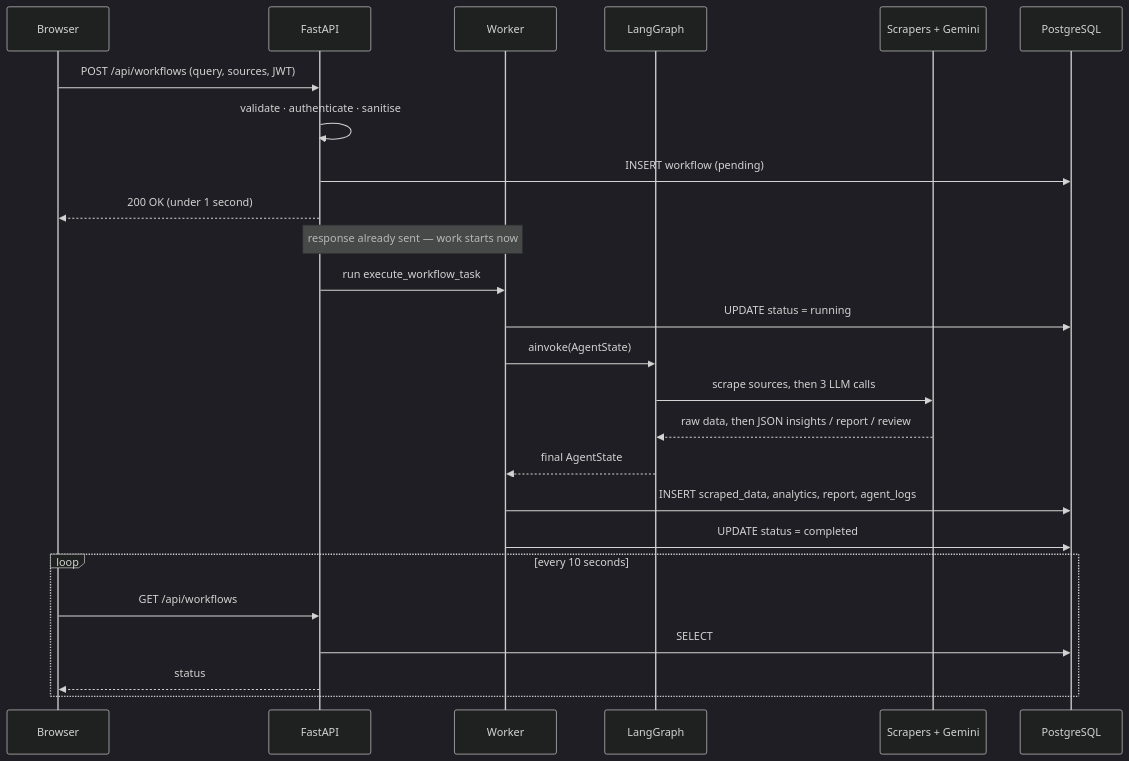
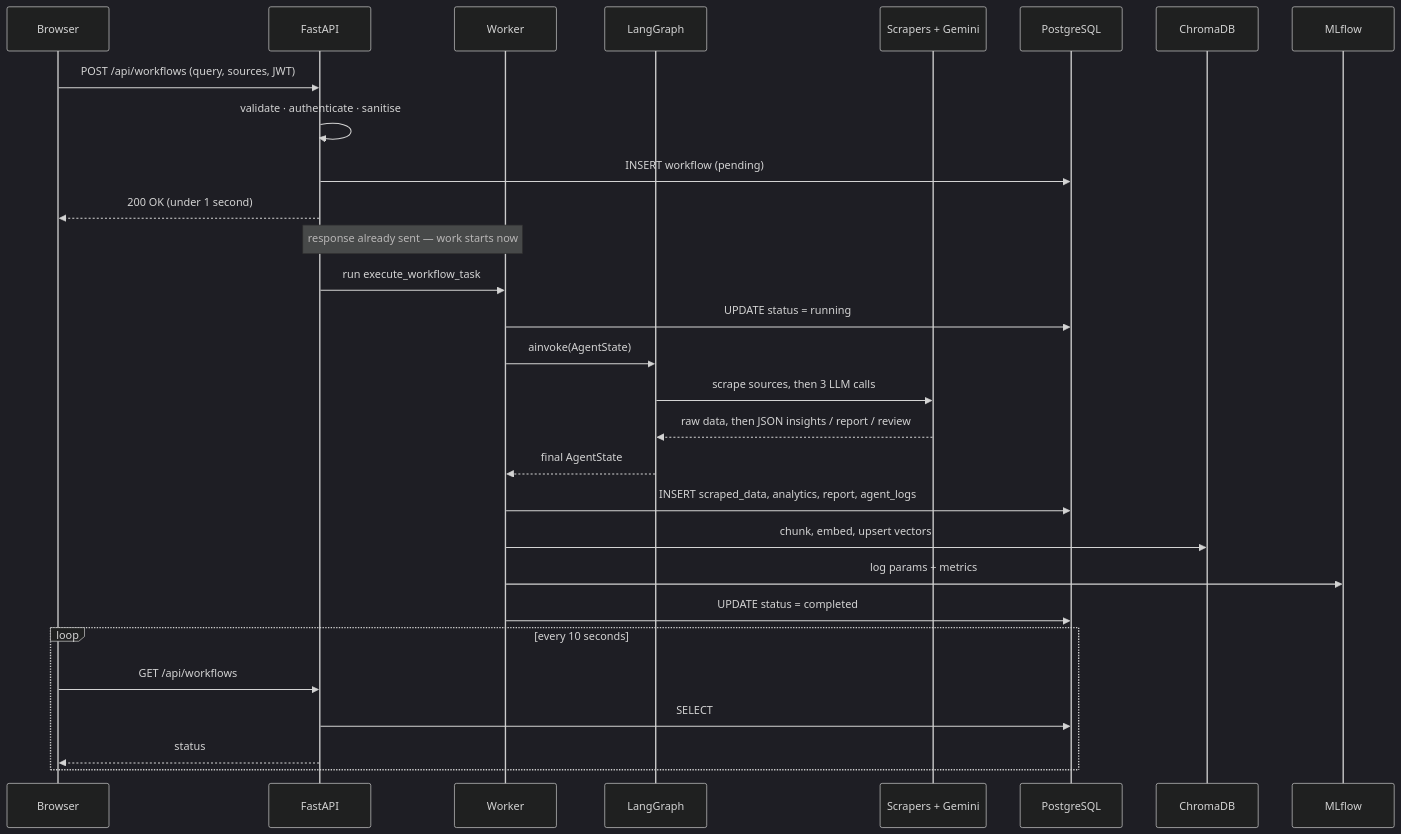
One commit to Abhi7488-VIT/AgentFlow changed the third of 5 diagrams in ARCHITECTURE.md. Above: the diagram before and after it, drawn with Mermaid (dark theme). The commit also changed other lines of this file, not shown here.

First line of the commit message:
docs(architecture): document the RAG, scheduling and observability layers

````diff
--- a/ARCHITECTURE.md
+++ b/ARCHITECTURE.md
@@ -183,30 +229,34 @@
 ```mermaid
 sequenceDiagram
     participant U as Browser
     participant A as FastAPI
     participant W as Worker
     participant G as LangGraph
     participant X as Scrapers + Gemini
     participant D as PostgreSQL
+    participant C as ChromaDB
+    participant M as MLflow
 
     U->>A: POST /api/workflows (query, sources, JWT)
     A->>A: validate · authenticate · sanitise
     A->>D: INSERT workflow (pending)
     A-->>U: 200 OK  (under 1 second)
 
     Note over A,W: response already sent — work starts now
     A->>W: run execute_workflow_task
     W->>D: UPDATE status = running
     W->>G: ainvoke(AgentState)
     G->>X: scrape sources, then 3 LLM calls
     X-->>G: raw data, then JSON insights / report / review
     G-->>W: final AgentState
     W->>D: INSERT scraped_data, analytics, report, agent_logs
+    W->>C: chunk, embed, upsert vectors
+    W->>M: log params + metrics
     W->>D: UPDATE status = completed
 
     loop every 10 seconds
         U->>A: GET /api/workflows
         A->>D: SELECT
         A-->>U: status
     end
 ```
````
